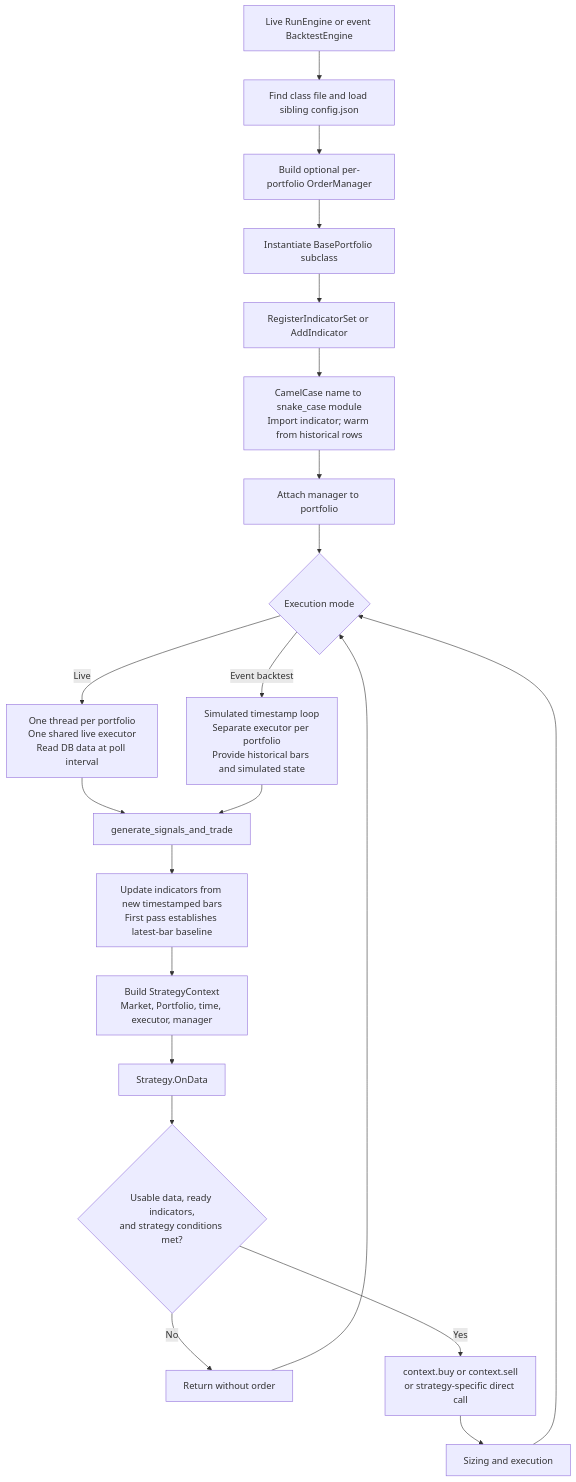
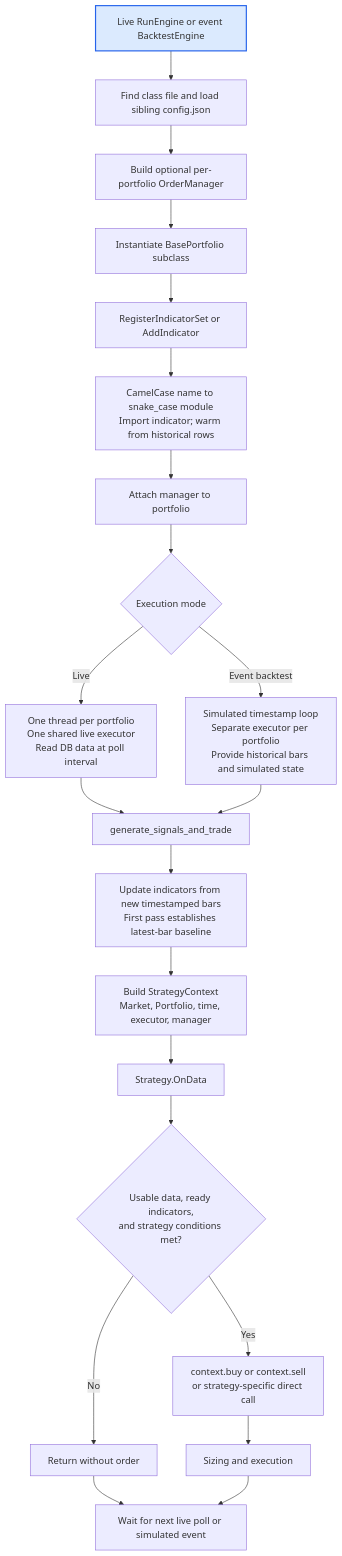
Before and after one commit to MUNQuantSociety/MQSMaster: the first of 4 diagrams in src/portfolios/README.md, drawn with Mermaid. The commit also changed other lines of this file and 12 other files, not shown here.

Commit message:
docs: make workflow diagrams top-down hierarchies

````diff
--- a/src/portfolios/README.md
+++ b/src/portfolios/README.md
@@ -41,23 +41,24 @@
 ```mermaid
 flowchart TD
     ENGINE["Live RunEngine or event BacktestEngine"] --> CONFIG["Find class file and load sibling config.json"]
     CONFIG --> OMS["Build optional per-portfolio OrderManager"]
     OMS --> STRATEGY["Instantiate BasePortfolio subclass"]
     STRATEGY --> IND["RegisterIndicatorSet or AddIndicator"]
     IND --> IMPORT["CamelCase name to snake_case module<br/>Import indicator; warm from historical rows"]
     IMPORT --> ATTACH["Attach manager to portfolio"]
     ATTACH --> DRIVER{"Execution mode"}
     DRIVER -->|Live| LIVE["One thread per portfolio<br/>One shared live executor<br/>Read DB data at poll interval"]
     DRIVER -->|Event backtest| BACK["Simulated timestamp loop<br/>Separate executor per portfolio<br/>Provide historical bars and simulated state"]
     LIVE --> GENERATE["generate_signals_and_trade"]
     BACK --> GENERATE
     GENERATE --> NEW["Update indicators from new timestamped bars<br/>First pass establishes latest-bar baseline"]
     NEW --> CONTEXT["Build StrategyContext<br/>Market, Portfolio, time, executor, manager"]
     CONTEXT --> ONDATA["Strategy.OnData"]
     ONDATA --> READY{"Usable data, ready indicators,<br/>and strategy conditions met?"}
     READY -->|No| HOLD["Return without order"]
     READY -->|Yes| SIGNAL["context.buy or context.sell<br/>or strategy-specific direct call"]
     SIGNAL --> ROUTE["Sizing and execution"]
-    HOLD --> DRIVER
-    ROUTE --> DRIVER
+    HOLD --> NEXT["Wait for next live poll or simulated event"]
+    ROUTE --> NEXT
+    style ENGINE fill:#dbeafe,stroke:#2563eb,stroke-width:2px
 ```
````
